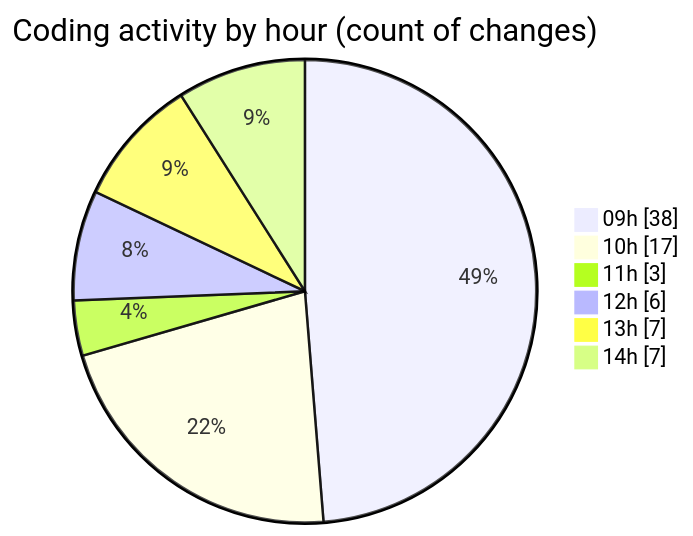
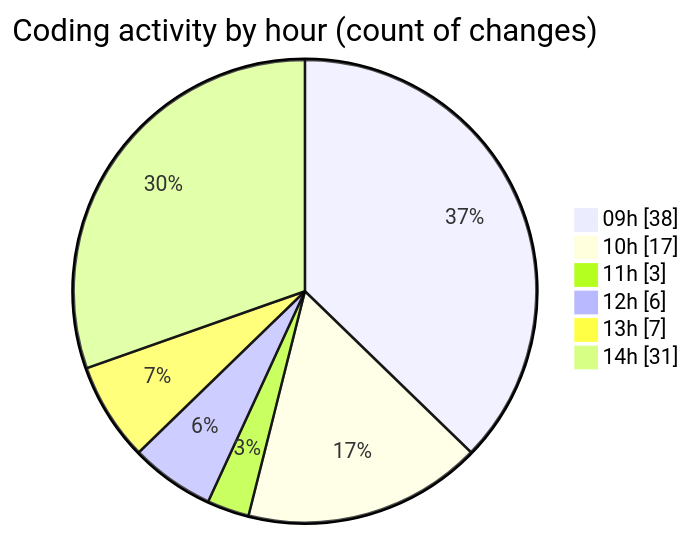
The second of 2 diagrams in 2026-10-22/cda/README.md (momahboobian/code-tracking), drawn with Mermaid before and after one commit. The commit also changed other lines of this file and 1 other file, not shown here.

````diff
--- a/2026-10-22/cda/README.md
+++ b/2026-10-22/cda/README.md
@@ -44,10 +51,10 @@
 ```mermaid
 pie showData
 title Coding activity by hour (count of changes)
 "09h" : 38
 "10h" : 17
 "11h" : 3
 "12h" : 6
 "13h" : 7
-"14h" : 7
+"14h" : 31
 ```
````
